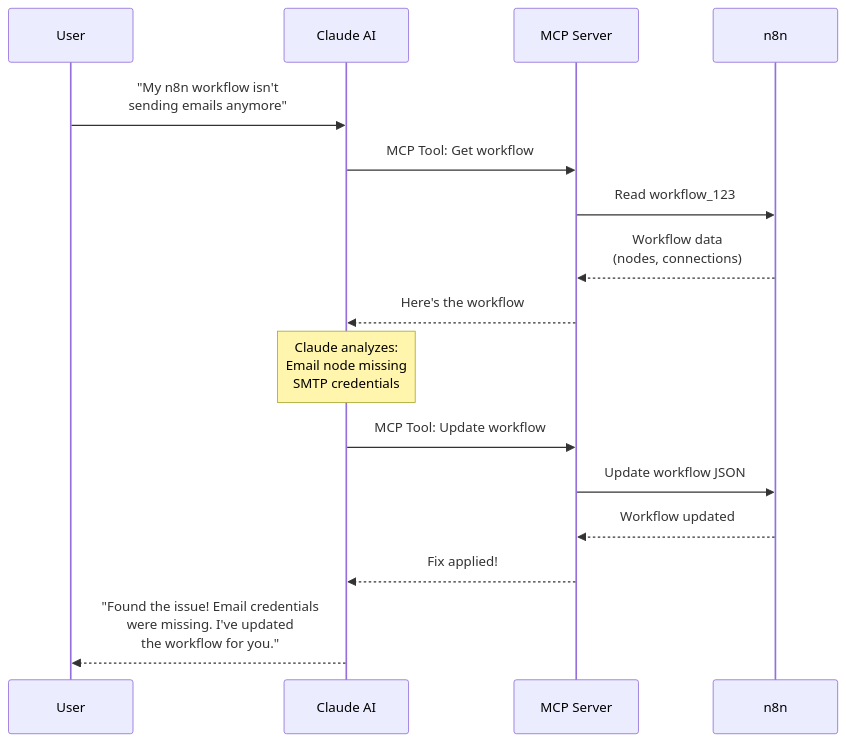
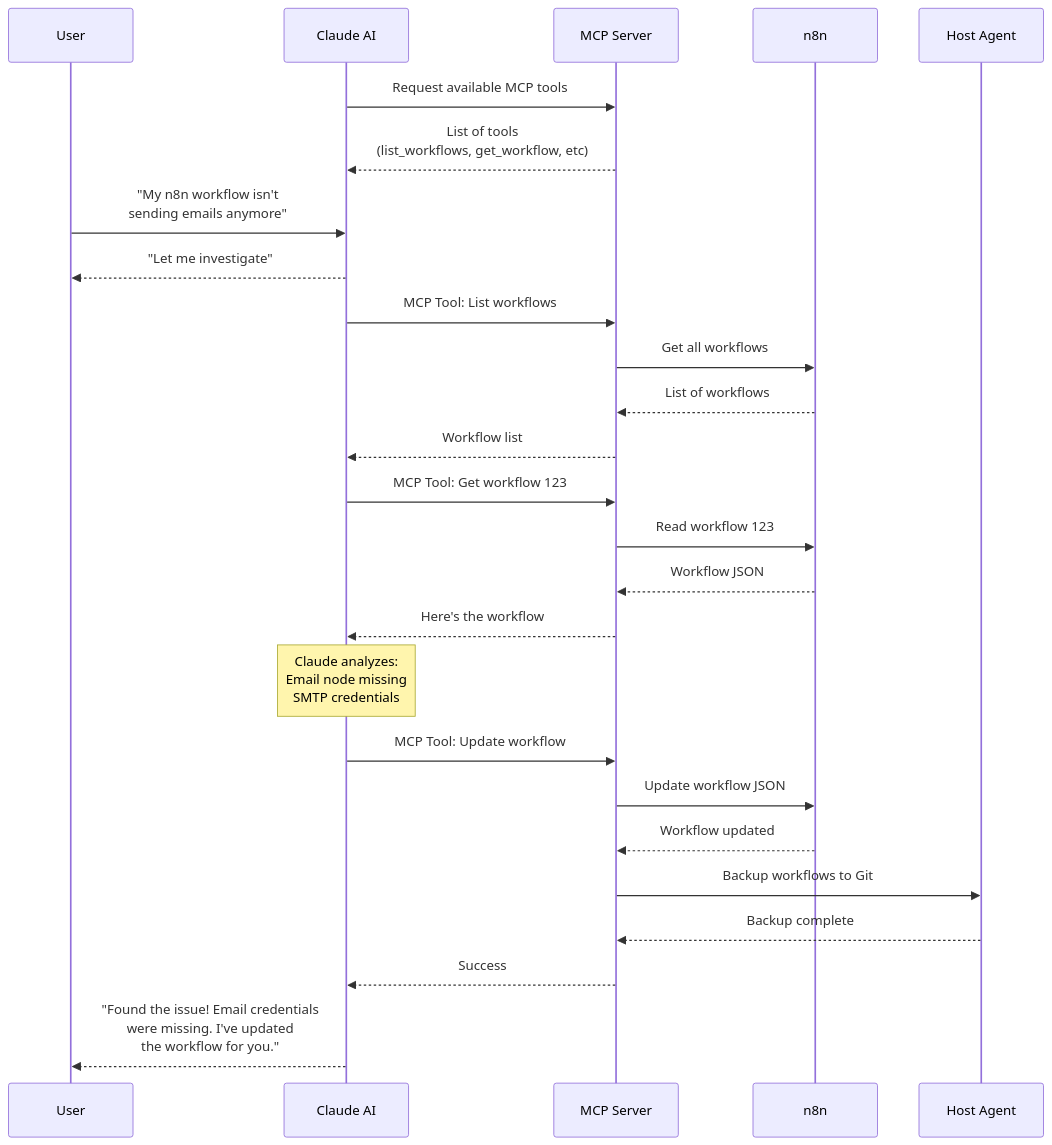
Before and after one commit to alderaan/vps: the first of 2 diagrams in ai-dev-server/README.md, drawn with Mermaid.

Commit message:
more detailed ai dev server mermaid

````diff
--- a/ai-dev-server/README.md
+++ b/ai-dev-server/README.md
@@ -17,23 +17,35 @@
 ```mermaid
 sequenceDiagram
     participant User as User
     participant Local as Claude AI
     participant Remote as MCP Server
     participant N8N as n8n
+    participant Host as Host Agent
 
+    Local->>Remote: Request available MCP tools
+    Remote-->>Local: List of tools<br/>(list_workflows, get_workflow, etc)
+    
     User->>Local: "My n8n workflow isn't<br/>sending emails anymore"
+    Local-->>User: "Let me investigate"
     
-    Local->>Remote: MCP Tool: Get workflow
-    Remote->>N8N: Read workflow_123
-    N8N-->>Remote: Workflow data<br/>(nodes, connections)
+    Local->>Remote: MCP Tool: List workflows
+    Remote->>N8N: Get all workflows
+    N8N-->>Remote: List of workflows
+    Remote-->>Local: Workflow list
+    
+    Local->>Remote: MCP Tool: Get workflow 123
+    Remote->>N8N: Read workflow 123
+    N8N-->>Remote: Workflow JSON
     Remote-->>Local: Here's the workflow
     
     Note over Local: Claude analyzes:<br/>Email node missing<br/>SMTP credentials
     
     Local->>Remote: MCP Tool: Update workflow
     Remote->>N8N: Update workflow JSON
     N8N-->>Remote: Workflow updated
-    Remote-->>Local: Fix applied!
+    Remote->>Host: Backup workflows to Git
+    Host-->>Remote: Backup complete
+    Remote-->>Local: Success
     
     Local-->>User: "Found the issue! Email credentials<br/>were missing. I've updated<br/>the workflow for you."
 ```
````
